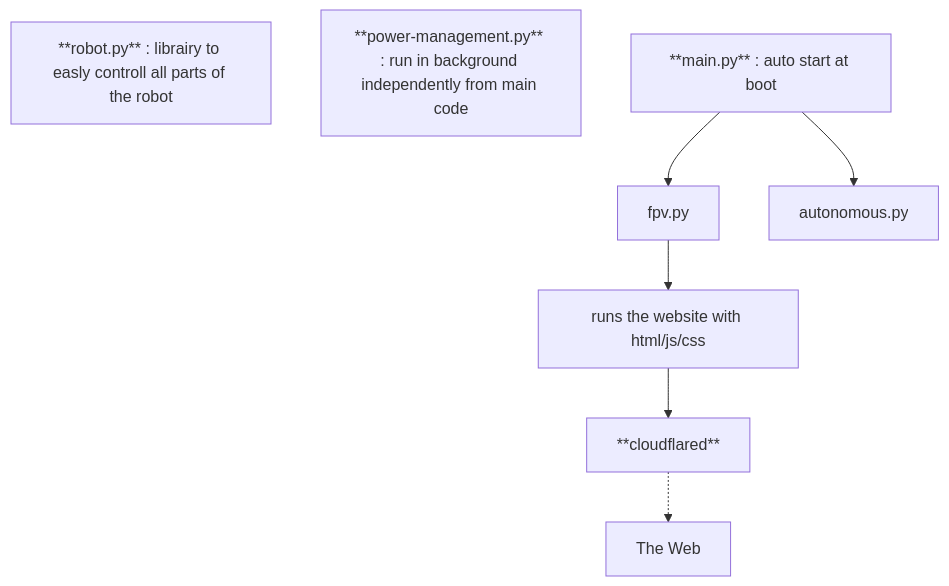
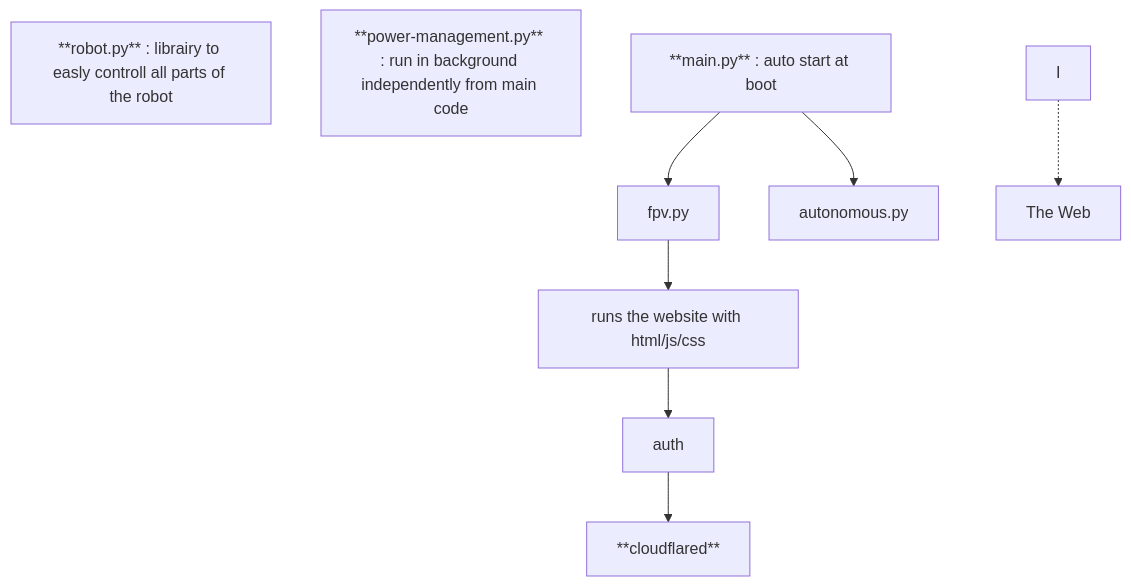
One commit to t0qen/camover changed the second of 3 diagrams in README.md. Above: the diagram before and after it, drawn with Mermaid.

Commit message:
Update README.md to reflect changes in flowchart

````diff
--- a/README.md
+++ b/README.md
@@ -70,10 +70,11 @@
 ```mermaid
 flowchart TB
     D[**robot.py** : librairy to easly controll all parts of the robot]
     E[**power-management.py** : run in background independently from main code]
     A[**main.py** : auto start at boot] --> B[fpv.py]
     A --> C[autonomous.py]
     B --> F[runs the website with html/js/css]
-    F --> G[**cloudflared**]
-    G -.-> H[The Web]
+    F --> G[auth]
+    G --> H[**cloudflared**]
+    I -.-> J[The Web]
 ```
````
